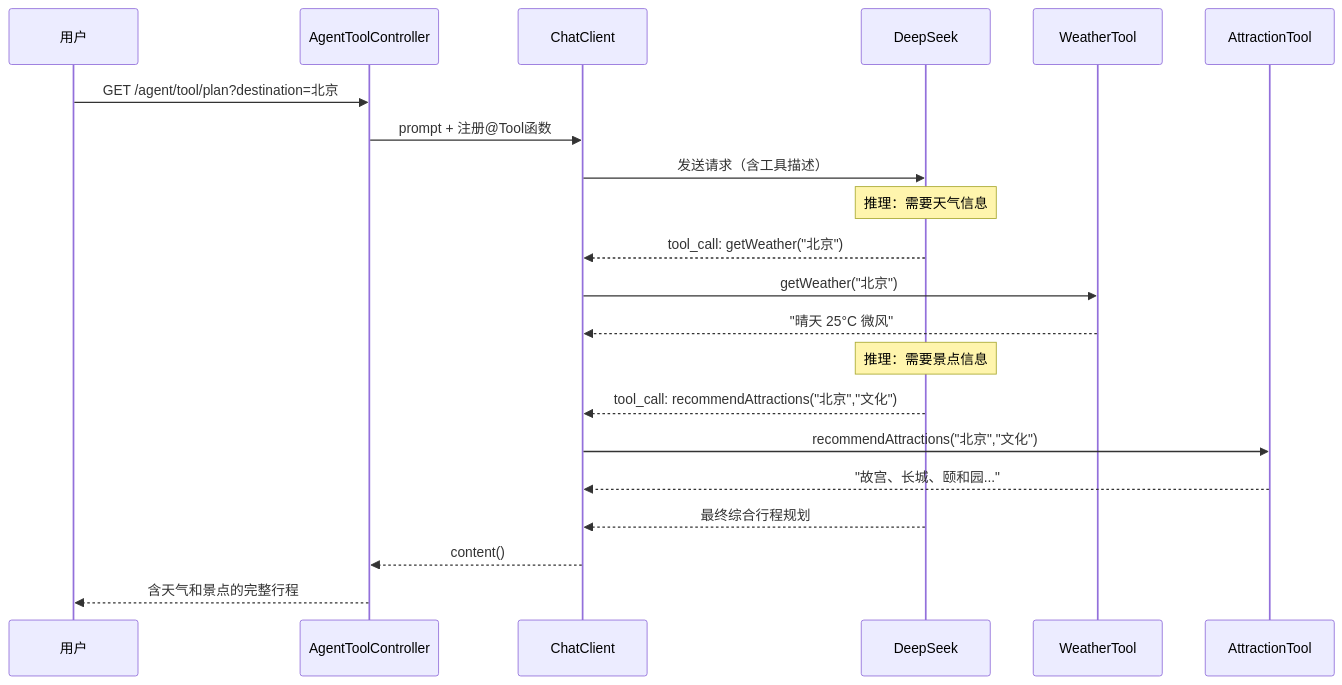
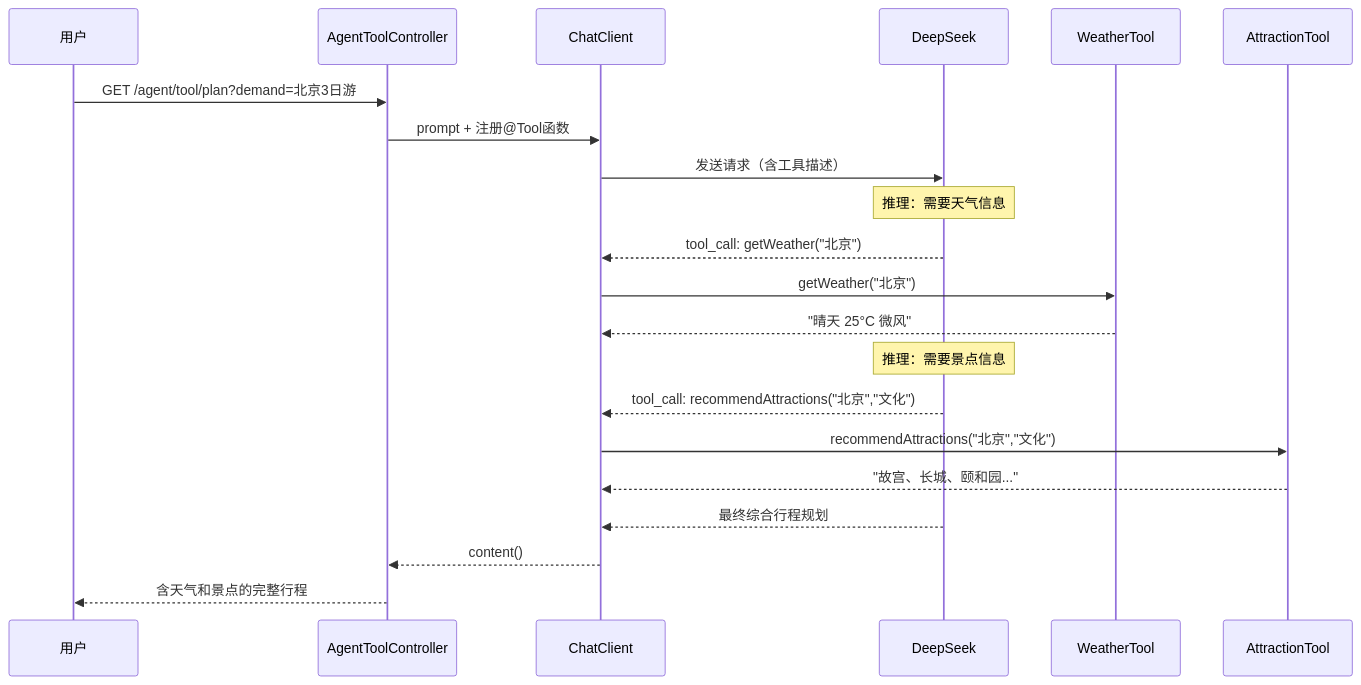
Before and after one commit to jasonsoso/spring-ai-demo: the tenth of 15 diagrams in demo2/README.md, drawn with Mermaid. The commit also changed other lines of this file and 1 other file, not shown here.

First line of the commit message:
refactor: virtual-thread parallel agents and README controller sync

````diff
--- a/demo2/README.md
+++ b/demo2/README.md
@@ -820,27 +910,27 @@
 ```mermaid
 sequenceDiagram
     participant 用户
     participant AgentToolController
     participant ChatClient
     participant DeepSeek
     participant WeatherTool
     participant AttractionTool
 
-    用户->>AgentToolController: GET /agent/tool/plan?destination=北京
+    用户->>AgentToolController: GET /agent/tool/plan?demand=北京3日游
     AgentToolController->>ChatClient: prompt + 注册@Tool函数
     ChatClient->>DeepSeek: 发送请求（含工具描述）
 
     Note over DeepSeek: 推理：需要天气信息
     DeepSeek-->>ChatClient: tool_call: getWeather("北京")
     ChatClient->>WeatherTool: getWeather("北京")
     WeatherTool-->>ChatClient: "晴天 25°C 微风"
 
     Note over DeepSeek: 推理：需要景点信息
     DeepSeek-->>ChatClient: tool_call: recommendAttractions("北京","文化")
     ChatClient->>AttractionTool: recommendAttractions("北京","文化")
     AttractionTool-->>ChatClient: "故宫、长城、颐和园..."
 
     DeepSeek-->>ChatClient: 最终综合行程规划
     ChatClient-->>AgentToolController: content()
     AgentToolController-->>用户: 含天气和景点的完整行程
 ```
````
